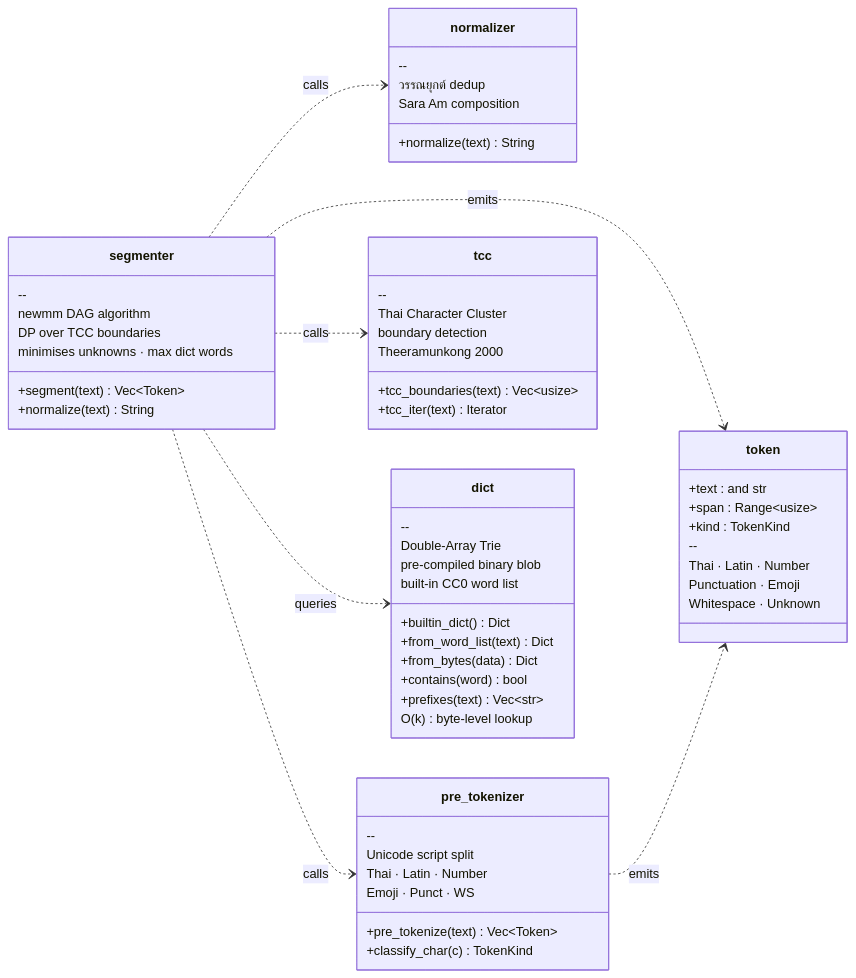
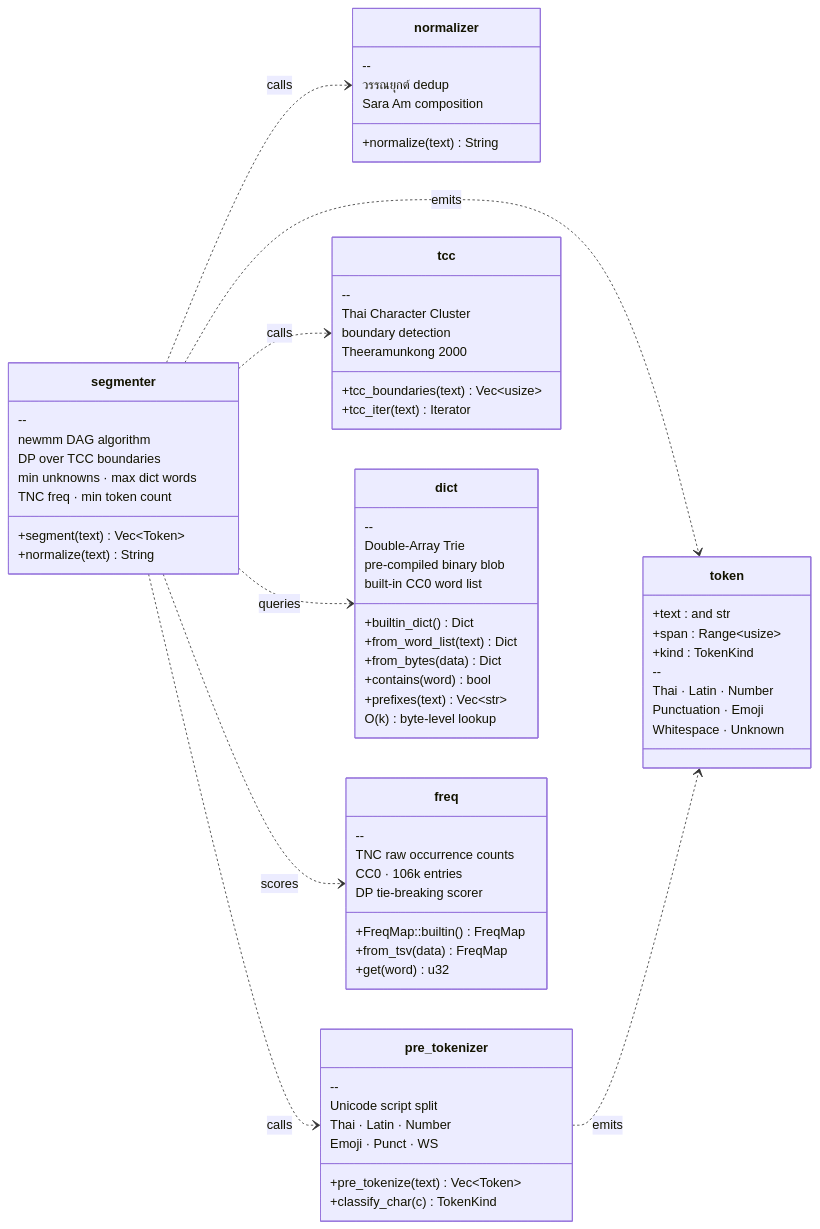
The second of 6 diagrams in README.md (preedep/kham), drawn with Mermaid before and after one commit. The commit also changed other lines of this file and 6 other files, not shown here.

Commit message:
Add word frequency table (`FreqMap`) leveraging Thai National Corpus data for segmentation scoring

````diff
--- a/README.md
+++ b/README.md
@@ -205,68 +206,80 @@
 ```mermaid
 classDiagram
     direction LR
 
     class normalizer {
         +normalize(text) String
         --
         วรรณยุกต์ dedup
         Sara Am composition
     }
 
     class pre_tokenizer {
         +pre_tokenize(text) Vec~Token~
         +classify_char(c) TokenKind
         --
         Unicode script split
         Thai · Latin · Number
         Emoji · Punct · WS
     }
 
     class tcc {
         +tcc_boundaries(text) Vec~usize~
         +tcc_iter(text) Iterator
         --
         Thai Character Cluster
         boundary detection
         Theeramunkong 2000
     }
 
     class dict {
         +builtin_dict() Dict
         +from_word_list(text) Dict
         +from_bytes(data) Dict
         +contains(word) bool
         +prefixes(text) Vec~str~
         --
         Double-Array Trie
         O(k) byte-level lookup
         pre-compiled binary blob
         built-in CC0 word list
     }
 
+    class freq {
+        +FreqMap::builtin() FreqMap
+        +from_tsv(data) FreqMap
+        +get(word) u32
+        --
+        TNC raw occurrence counts
+        CC0 · 106k entries
+        DP tie-breaking scorer
+    }
+
     class segmenter {
         +segment(text) Vec~Token~
         +normalize(text) String
         --
         newmm DAG algorithm
         DP over TCC boundaries
-        minimises unknowns · max dict words
+        min unknowns · max dict words
+        TNC freq · min token count
     }
 
     class token {
         +text : and str
         +span : Range~usize~
         +kind : TokenKind
         --
         Thai · Latin · Number
         Punctuation · Emoji
         Whitespace · Unknown
     }
 
     segmenter ..> normalizer : calls
     segmenter ..> pre_tokenizer : calls
     segmenter ..> tcc : calls
     segmenter ..> dict : queries
+    segmenter ..> freq : scores
     segmenter ..> token : emits
     pre_tokenizer ..> token : emits
 ```
````
